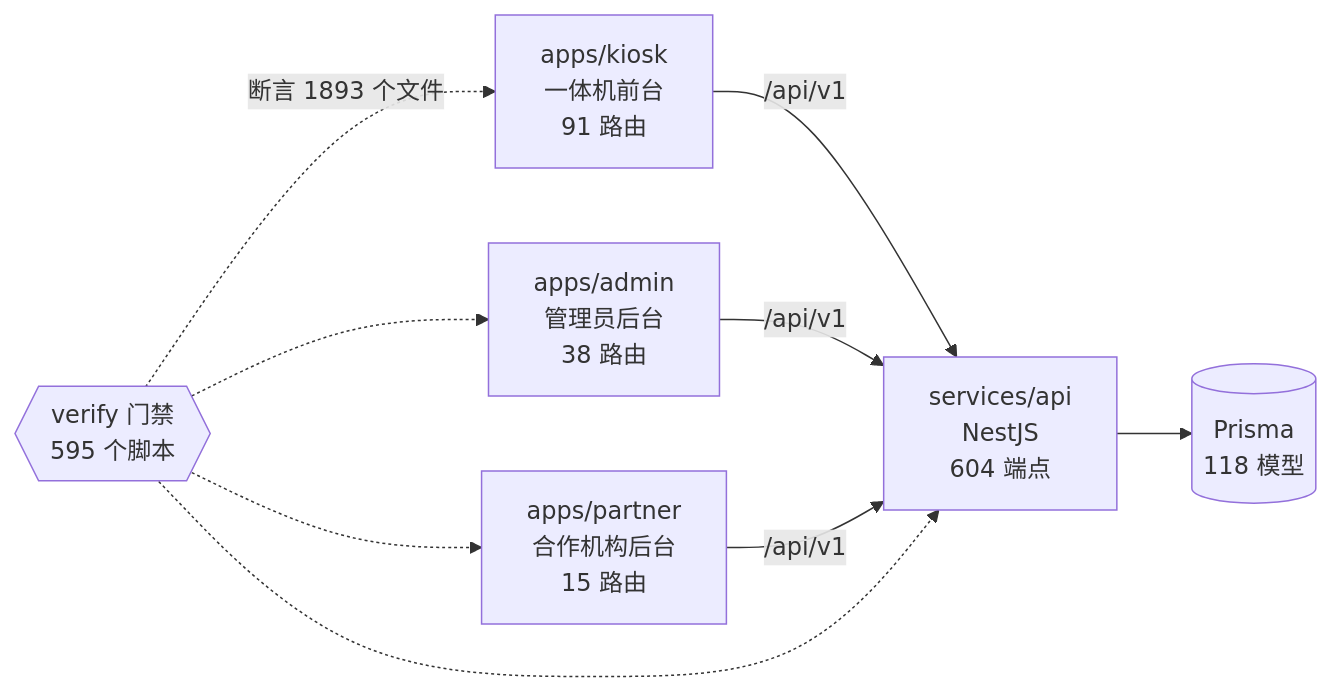
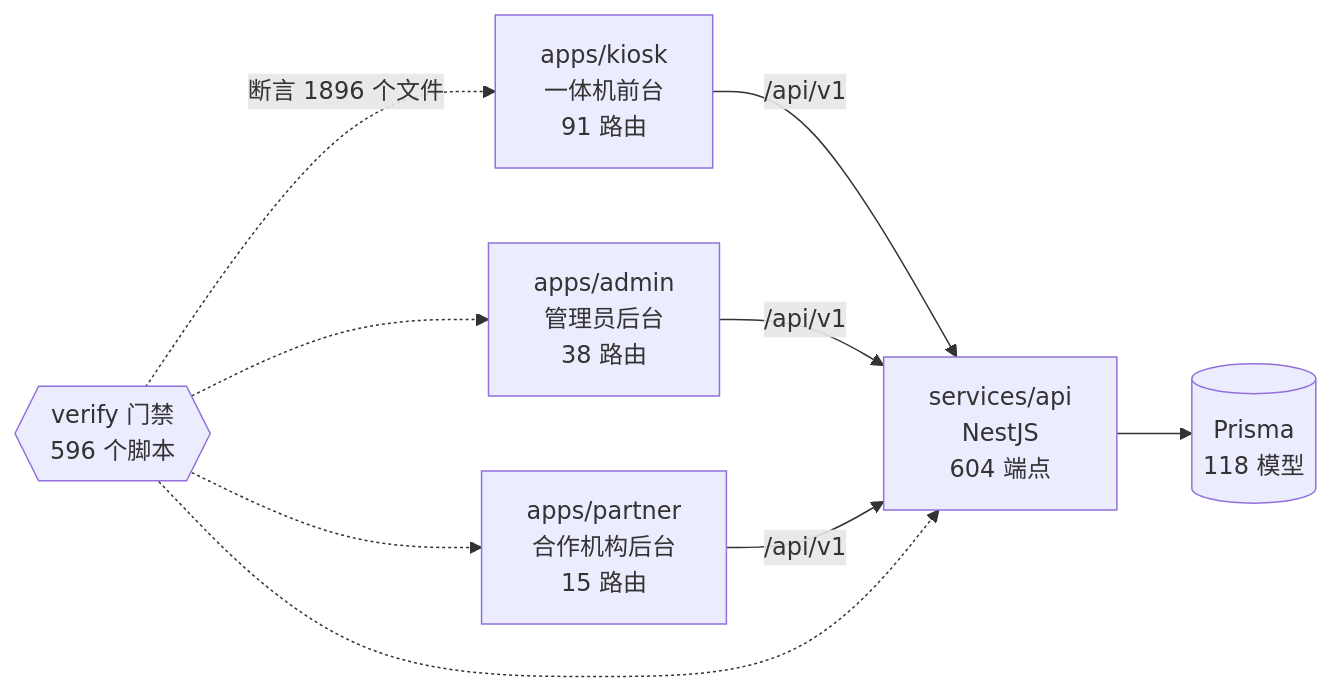
One commit to wanglei581/YITIJI changed the diagram in docs/graph/README.md. Above: the diagram before and after it, drawn with Mermaid. The commit also changed other lines of this file and 7 other files, not shown here.

````diff
--- a/docs/graph/README.md
+++ b/docs/graph/README.md
@@ -68,18 +68,18 @@
 ```mermaid
 flowchart LR
   kiosk["apps/kiosk<br/>一体机前台<br/>91 路由"]
   admin["apps/admin<br/>管理员后台<br/>38 路由"]
   partner["apps/partner<br/>合作机构后台<br/>15 路由"]
   api["services/api<br/>NestJS<br/>604 端点"]
   db[("Prisma<br/>118 模型")]
-  gates{{"verify 门禁<br/>595 个脚本"}}
+  gates{{"verify 门禁<br/>596 个脚本"}}
 
   kiosk -->|"/api/v1"| api
   admin -->|"/api/v1"| api
   partner -->|"/api/v1"| api
   api --> db
-  gates -.->|"断言 1893 个文件"| kiosk
+  gates -.->|"断言 1896 个文件"| kiosk
   gates -.-> admin
   gates -.-> partner
   gates -.-> api
 ```
````
